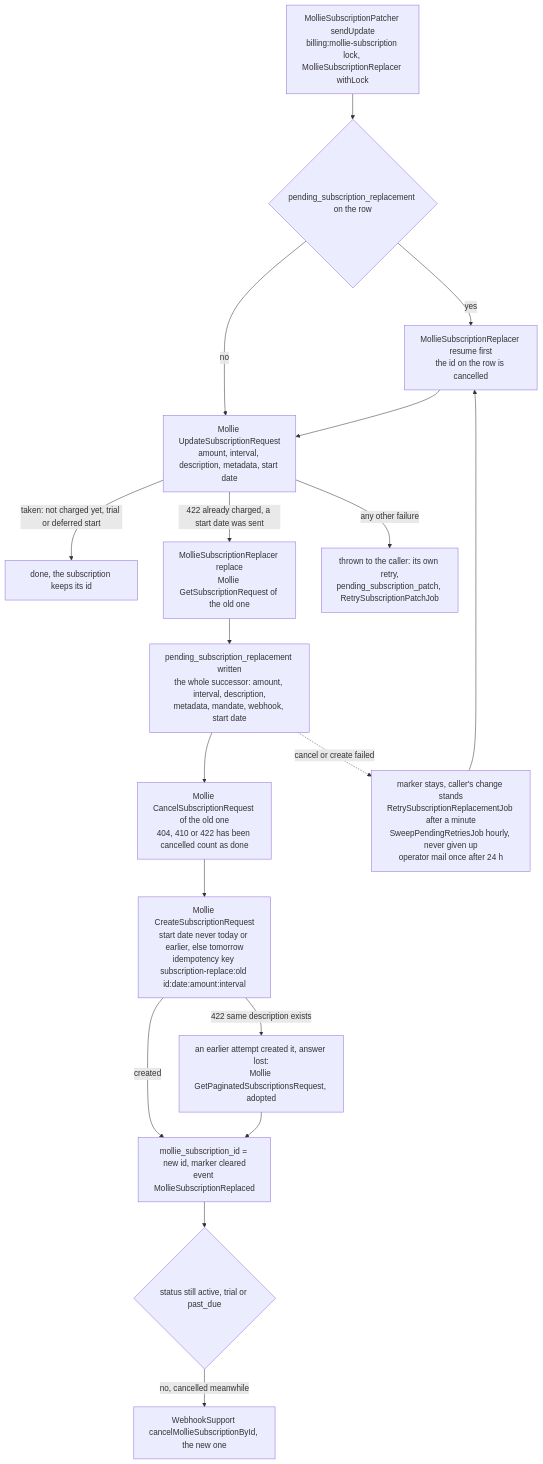
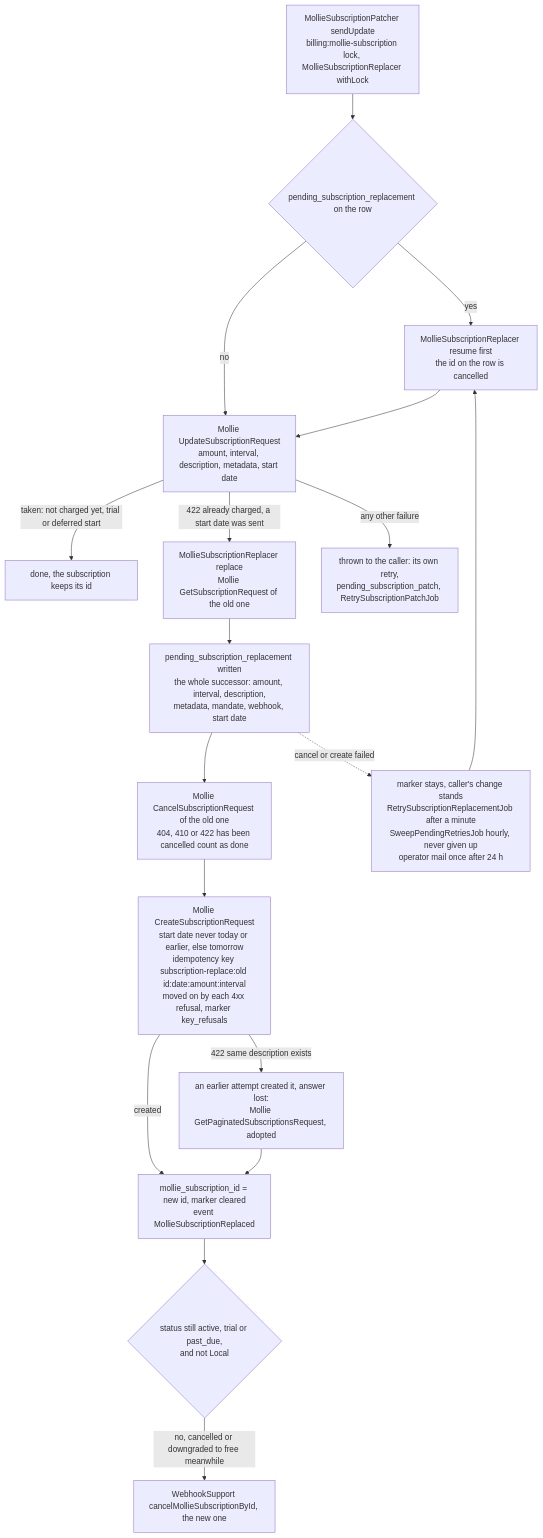
Before and after one commit to GraystackIT/laravel-mollie-billing: diagram 14 of 29 in docs/flows.md, drawn with Mermaid. The commit also changed other lines of this file and 256 other files, not shown here.

````diff
--- a/docs/flows.md
+++ b/docs/flows.md
@@ -668,20 +735,20 @@
 ```mermaid
 flowchart TD
     A["MollieSubscriptionPatcher sendUpdate<br/>billing:mollie-subscription lock, MollieSubscriptionReplacer withLock"] --> B{"pending_subscription_replacement on the row"}
     B -->|"yes"| B1["MollieSubscriptionReplacer resume first<br/>the id on the row is cancelled"]
     B -->|"no"| C
     B1 --> C["Mollie UpdateSubscriptionRequest<br/>amount, interval, description, metadata, start date"]
     C -->|"taken: not charged yet, trial or deferred start"| Z["done, the subscription keeps its id"]
     C -->|"422 already charged, a start date was sent"| D["MollieSubscriptionReplacer replace<br/>Mollie GetSubscriptionRequest of the old one"]
     C -->|"any other failure"| Y["thrown to the caller: its own retry,<br/>pending_subscription_patch, RetrySubscriptionPatchJob"]
     D --> E["pending_subscription_replacement written<br/>the whole successor: amount, interval, description,<br/>metadata, mandate, webhook, start date"]
     E --> F["Mollie CancelSubscriptionRequest of the old one<br/>404, 410 or 422 has been cancelled count as done"]
-    F --> G["Mollie CreateSubscriptionRequest<br/>start date never today or earlier, else tomorrow<br/>idempotency key subscription-replace:old id:date:amount:interval"]
+    F --> G["Mollie CreateSubscriptionRequest<br/>start date never today or earlier, else tomorrow<br/>idempotency key subscription-replace:old id:date:amount:interval<br/>moved on by each 4xx refusal, marker key_refusals"]
     G -->|"422 same description exists"| H["an earlier attempt created it, answer lost:<br/>Mollie GetPaginatedSubscriptionsRequest, adopted"]
     G -->|"created"| I["mollie_subscription_id = new id, marker cleared<br/>event MollieSubscriptionReplaced"]
     H --> I
-    I --> J{"status still active, trial or past_due"}
-    J -->|"no, cancelled meanwhile"| K["WebhookSupport cancelMollieSubscriptionById, the new one"]
+    I --> J{"status still active, trial or past_due,<br/>and not Local"}
+    J -->|"no, cancelled or downgraded to free meanwhile"| K["WebhookSupport cancelMollieSubscriptionById, the new one"]
     E -.->|"cancel or create failed"| R["marker stays, caller's change stands<br/>RetrySubscriptionReplacementJob after a minute<br/>SweepPendingRetriesJob hourly, never given up<br/>operator mail once after 24 h"]
     R --> B1
 ```
````
